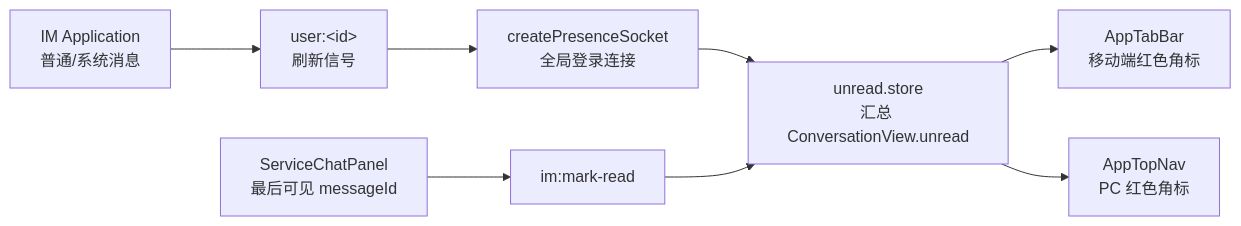
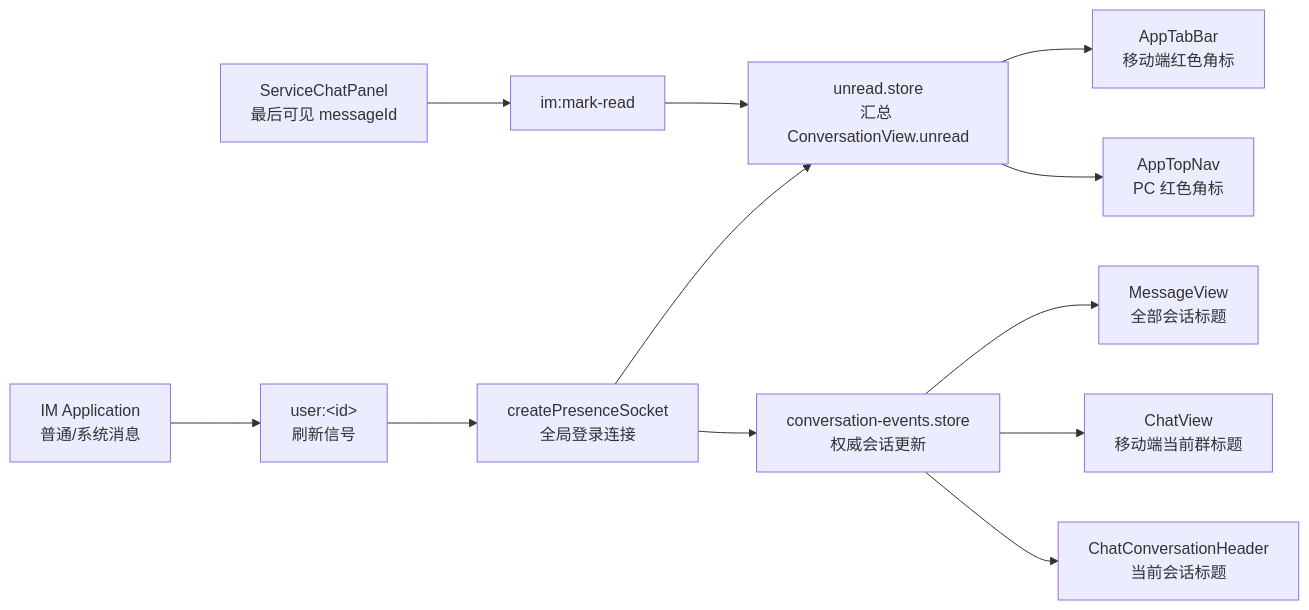
The seventh of 8 diagrams in docs/im.md (yiting001/E-sports-01), drawn with Mermaid before and after one commit. The commit also changed other lines of this file and 33 other files, not shown here.

````diff
--- a/docs/im.md
+++ b/docs/im.md
@@ -296,10 +302,14 @@
 ```mermaid
 flowchart LR
   Server["IM Application<br/>普通/系统消息"] --> Room["user:&lt;id&gt;<br/>刷新信号"]
   Room --> GlobalSocket["createPresenceSocket<br/>全局登录连接"]
   GlobalSocket --> UnreadStore["unread.store<br/>汇总 ConversationView.unread"]
+  GlobalSocket --> ConversationStore["conversation-events.store<br/>权威会话更新"]
   UnreadStore --> TabBar["AppTabBar<br/>移动端红色角标"]
   UnreadStore --> TopNav["AppTopNav<br/>PC 红色角标"]
+  ConversationStore --> MessageList["MessageView<br/>全部会话标题"]
+  ConversationStore --> FullscreenChat["ChatView<br/>移动端当前群标题"]
+  ConversationStore --> ChatHeader["ChatConversationHeader<br/>当前会话标题"]
   ChatPanel["ServiceChatPanel<br/>最后可见 messageId"] --> MarkRead["im:mark-read"]
   MarkRead --> UnreadStore
 ```
````
